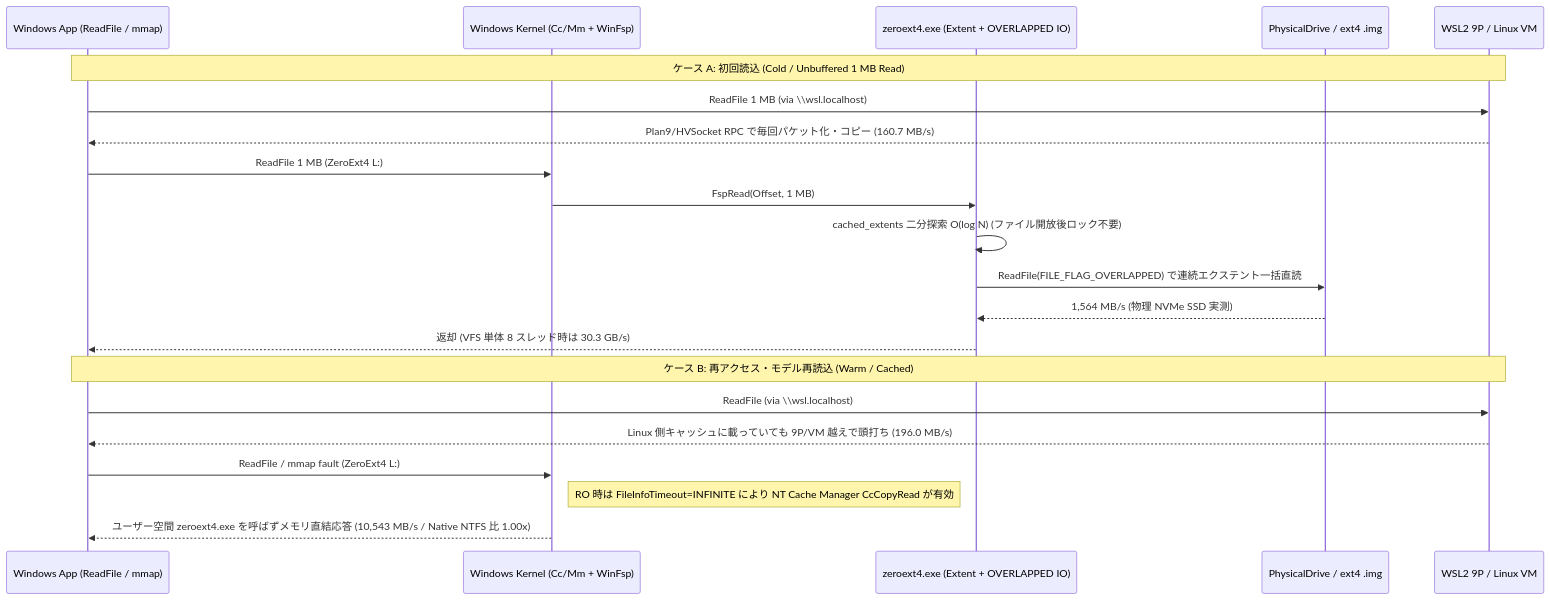
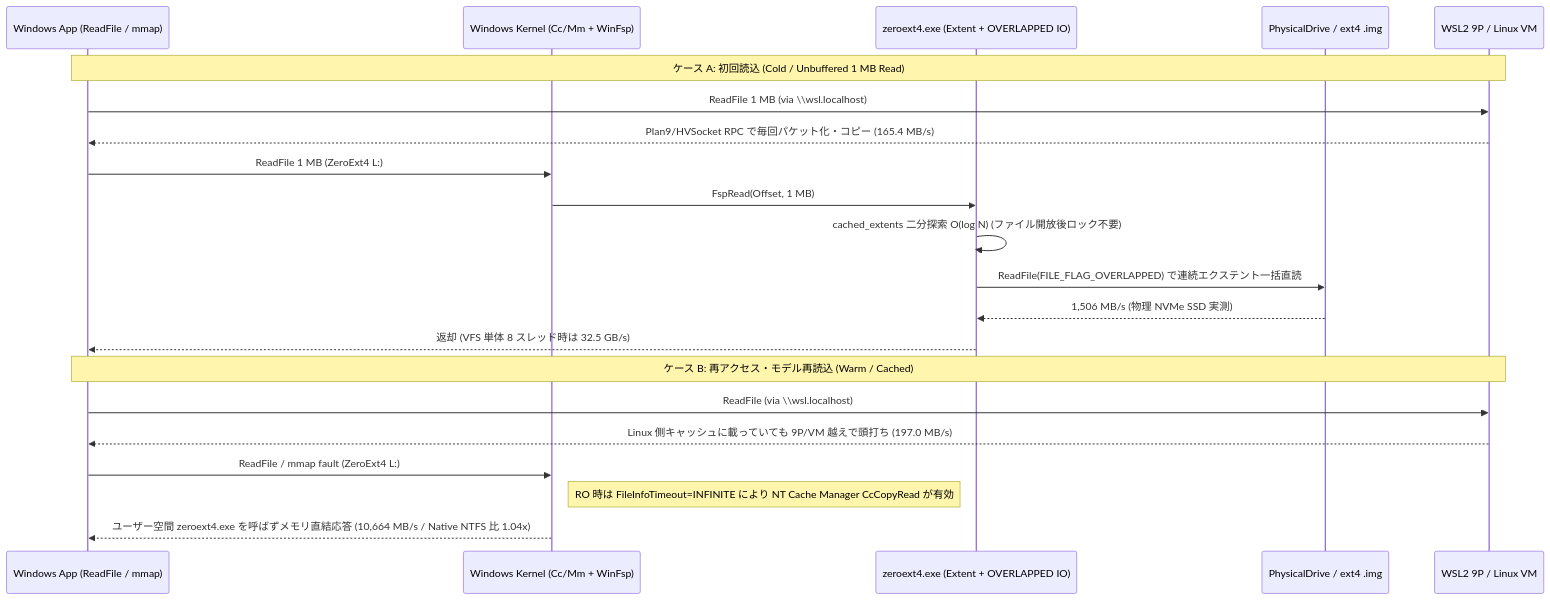
One commit to totatake/ZeroExt changed the second of 2 diagrams in docs/overview.md. Above: the diagram before and after it, drawn with Mermaid. The commit also changed other lines of this file and 15 other files, not shown here.

````diff
--- a/docs/overview.md
+++ b/docs/overview.md
@@ -62,27 +62,27 @@
 ```mermaid
 sequenceDiagram
     participant App as Windows App (ReadFile / mmap)
     participant Kern as Windows Kernel (Cc/Mm + WinFsp)
     participant Ext as zeroext4.exe (Extent + OVERLAPPED IO)
     participant SSD as PhysicalDrive / ext4 .img
     participant WSL as WSL2 9P / Linux VM
 
     Note over App,WSL: ケース A: 初回読込 (Cold / Unbuffered 1 MB Read)
     App->>WSL: ReadFile 1 MB (via \\wsl.localhost)
-    WSL-->>App: Plan9/HVSocket RPC で毎回パケット化・コピー (160.7 MB/s)
+    WSL-->>App: Plan9/HVSocket RPC で毎回パケット化・コピー (165.4 MB/s)
 
     App->>Kern: ReadFile 1 MB (ZeroExt4 L:)
     Kern->>Ext: FspRead(Offset, 1 MB)
     Ext->>Ext: cached_extents 二分探索 O(log N) (ファイル開放後ロック不要)
     Ext->>SSD: ReadFile(FILE_FLAG_OVERLAPPED) で連続エクステント一括直読
-    SSD-->>Ext: 1,564 MB/s (物理 NVMe SSD 実測)
-    Ext-->>App: 返却 (VFS 単体 8 スレッド時は 30.3 GB/s)
+    SSD-->>Ext: 1,506 MB/s (物理 NVMe SSD 実測)
+    Ext-->>App: 返却 (VFS 単体 8 スレッド時は 32.5 GB/s)
 
     Note over App,WSL: ケース B: 再アクセス・モデル再読込 (Warm / Cached)
     App->>WSL: ReadFile (via \\wsl.localhost)
-    WSL-->>App: Linux 側キャッシュに載っていても 9P/VM 越えで頭打ち (196.0 MB/s)
+    WSL-->>App: Linux 側キャッシュに載っていても 9P/VM 越えで頭打ち (197.0 MB/s)
 
     App->>Kern: ReadFile / mmap fault (ZeroExt4 L:)
     Note right of Kern: RO 時は FileInfoTimeout=INFINITE により NT Cache Manager CcCopyRead が有効
-    Kern-->>App: ユーザー空間 zeroext4.exe を呼ばずメモリ直結応答 (10,543 MB/s / Native NTFS 比 1.00x)
+    Kern-->>App: ユーザー空間 zeroext4.exe を呼ばずメモリ直結応答 (10,664 MB/s / Native NTFS 比 1.04x)
 ```
````
